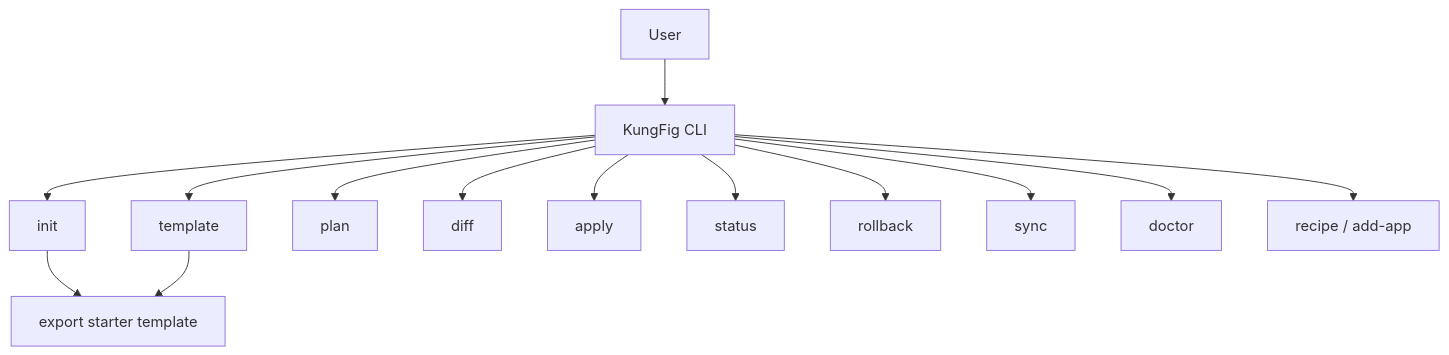
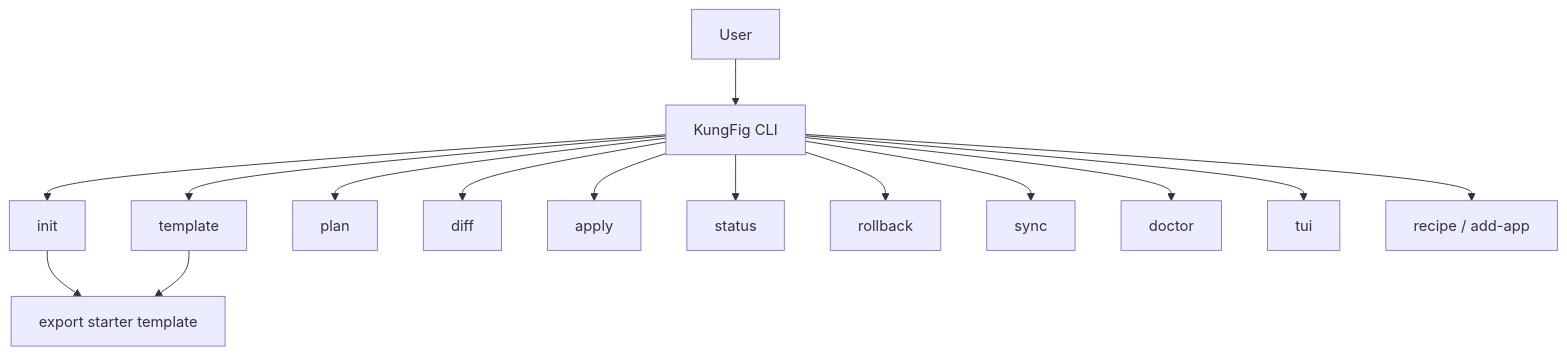
One commit to ivaquero/kungfig changed the first of 3 diagrams in README.md. Above: the diagram before and after it, drawn with Mermaid. The commit also changed other lines of this file and 7 other files, not shown here.

````diff
--- a/README.md
+++ b/README.md
@@ -126,16 +138,17 @@
 ```mermaid
 flowchart TD
     U[User] --> CLI[KungFig CLI]
     CLI --> INIT[init]
     CLI --> TEMPLATE[template]
     CLI --> PLAN[plan]
     CLI --> DIFF[diff]
     CLI --> APPLY[apply]
     CLI --> STATUS[status]
     CLI --> ROLLBACK[rollback]
     CLI --> SYNC[sync]
     CLI --> DOCTOR[doctor]
+    CLI --> TUI[tui]
     CLI --> RECIPE[recipe / add-app]
     INIT --> WRITE[write starter manifest]
     TEMPLATE --> WRITE[export starter template]
 ```
````
